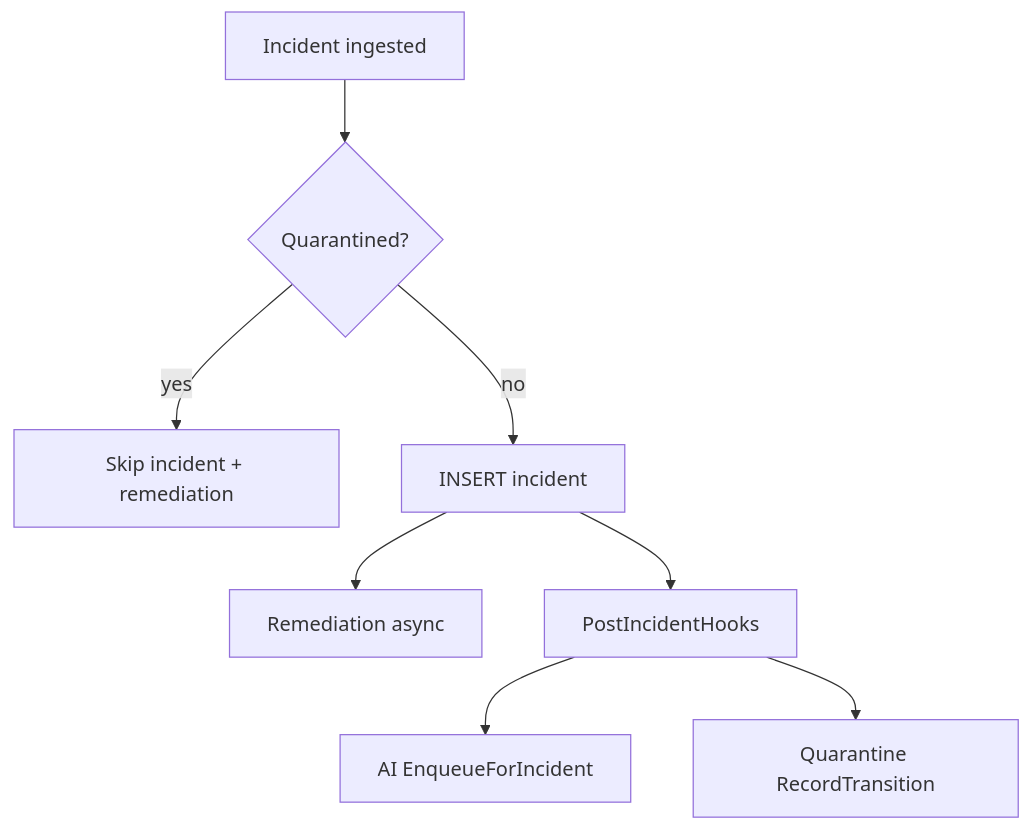
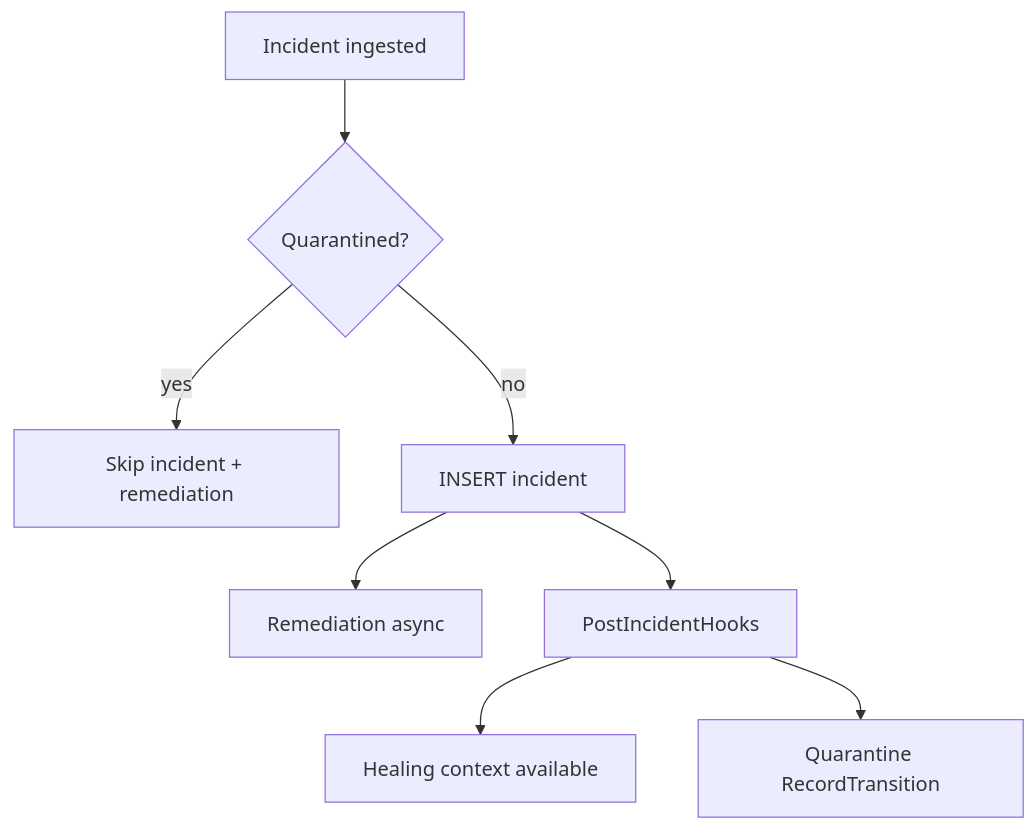
Before and after one commit to QA-Capsule/qa-capsule-community: the first of 2 diagrams in docs/guides/intelligence-quarantine.md, drawn with Mermaid. The commit also changed other lines of this file and 34 other files, not shown here.

````diff
--- a/docs/guides/intelligence-quarantine.md
+++ b/docs/guides/intelligence-quarantine.md
@@ -7,10 +7,10 @@
 ```mermaid
 flowchart TB
     ING[Incident ingested] --> QG{Quarantined?}
     QG -->|yes| SKIP[Skip incident + remediation]
     QG -->|no| INS[INSERT incident]
     INS --> REM[Remediation async]
     INS --> HOOK[PostIncidentHooks]
-    HOOK --> RCA[AI EnqueueForIncident]
+    HOOK --> HEAL[Healing context available]
     HOOK --> QSTAT[Quarantine RecordTransition]
 ```
````
